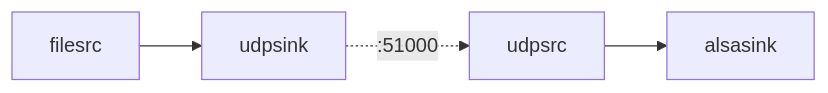
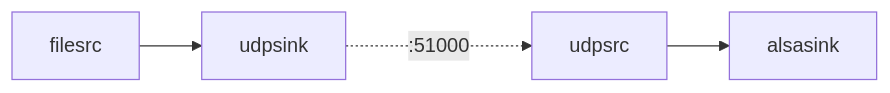
Before and after one commit to lankahsu520/HelperX: the tenth of 18 diagrams in helper_GStreamer.md, drawn with Mermaid. The commit also changed other lines of this file and 1 other file, not shown here.

````diff
--- a/helper_GStreamer.md
+++ b/helper_GStreamer.md
@@ -298,9 +297,9 @@
 ```mermaid
 flowchart LR
 	filesrc[filesrc]
 	udpsink[udpsink]
 	udpsrc[udpsrc]
     alsasink[alsasink]
 
-	filesrc --> udpsink -. :51000 .-> udpsrc --> alsasink
+	filesrc --> udpsink ..-> |:51000| udpsrc --> alsasink
 ```
````
